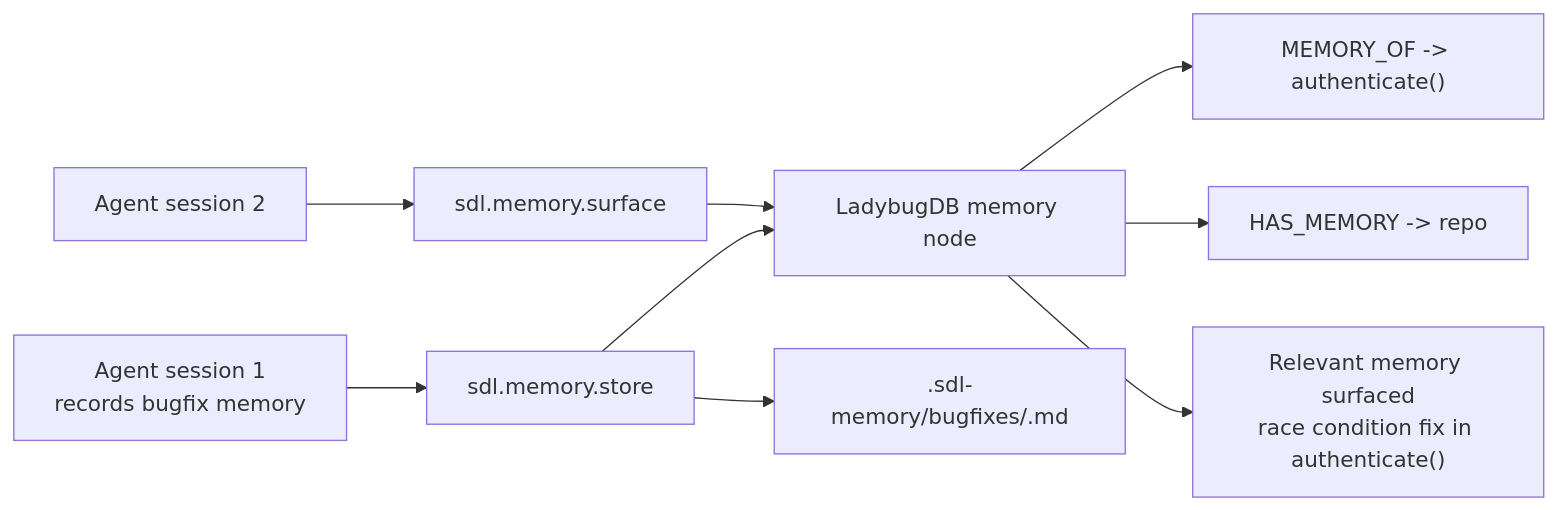
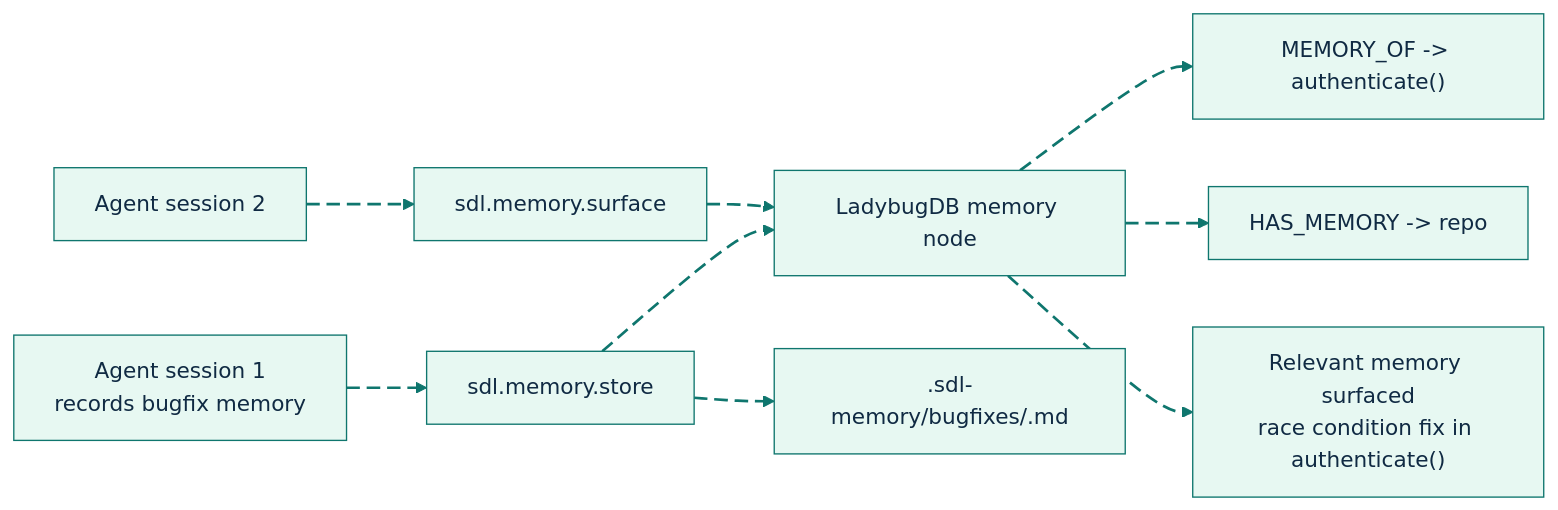
The seventh of 10 diagrams in README.md (GlitterKill/sdl-mcp), drawn with Mermaid before and after one commit. The commit also changed other lines of this file and 1 other file, not shown here.

````diff
--- a/README.md
+++ b/README.md
@@ -331,11 +403,21 @@
 ```mermaid
+%%{init: {"theme":"base","themeVariables":{"background":"#ffffff","primaryColor":"#E7F8F2","primaryBorderColor":"#0F766E","primaryTextColor":"#102A43","secondaryColor":"#E8F1FF","secondaryBorderColor":"#2563EB","secondaryTextColor":"#102A43","tertiaryColor":"#FFF4D6","tertiaryBorderColor":"#B45309","tertiaryTextColor":"#102A43","lineColor":"#0F766E","textColor":"#102A43","fontFamily":"Inter, ui-sans-serif, system-ui, -apple-system, BlinkMacSystemFont, Segoe UI, sans-serif"},"flowchart":{"curve":"basis","htmlLabels":true}}}%%
 flowchart LR
-    Session1["Agent session 1<br/>records bugfix memory"] --> Store["sdl.memory.store"]
-    Store --> Graph["LadybugDB memory node"]
-    Store --> Files[".sdl-memory/bugfixes/<id>.md"]
-    Graph --> Link1["MEMORY_OF -> authenticate()"]
-    Graph --> Link2["HAS_MEMORY -> repo"]
-    Session2["Agent session 2"] --> Surface["sdl.memory.surface"]
-    Surface --> Graph
-    Graph --> Recall["Relevant memory surfaced<br/>race condition fix in authenticate()"]
+    Session1["Agent session 1<br/>records bugfix memory"] e1@--> Store["sdl.memory.store"]
+    Store e2@--> Graph["LadybugDB memory node"]
+    Store e3@--> Files[".sdl-memory/bugfixes/<id>.md"]
+    Graph e4@--> Link1["MEMORY_OF -> authenticate()"]
+    Graph e5@--> Link2["HAS_MEMORY -> repo"]
+    Session2["Agent session 2"] e6@--> Surface["sdl.memory.surface"]
+    Surface e7@--> Graph
+    Graph e8@--> Recall["Relevant memory surfaced<br/>race condition fix in authenticate()"]
+
+    classDef source fill:#E7F8F2,stroke:#0F766E,stroke-width:2px,color:#102A43;
+    classDef process fill:#E8F1FF,stroke:#2563EB,stroke-width:2px,color:#102A43;
+    classDef decision fill:#FFF4D6,stroke:#B45309,stroke-width:2px,color:#102A43;
+    classDef storage fill:#F2E8FF,stroke:#7C3AED,stroke-width:2px,color:#102A43;
+    classDef output fill:#FFE8EF,stroke:#BE123C,stroke-width:2px,color:#102A43;
+    classDef muted fill:#F8FAFC,stroke:#64748B,stroke-width:1px,color:#102A43;
+    classDef animate stroke:#0F766E,stroke-width:2px,stroke-dasharray:10\,5,stroke-dashoffset:900,animation:dash 22s linear infinite;
+    class e1,e2,e3,e4,e5,e6,e7,e8 animate;
 ```
````
